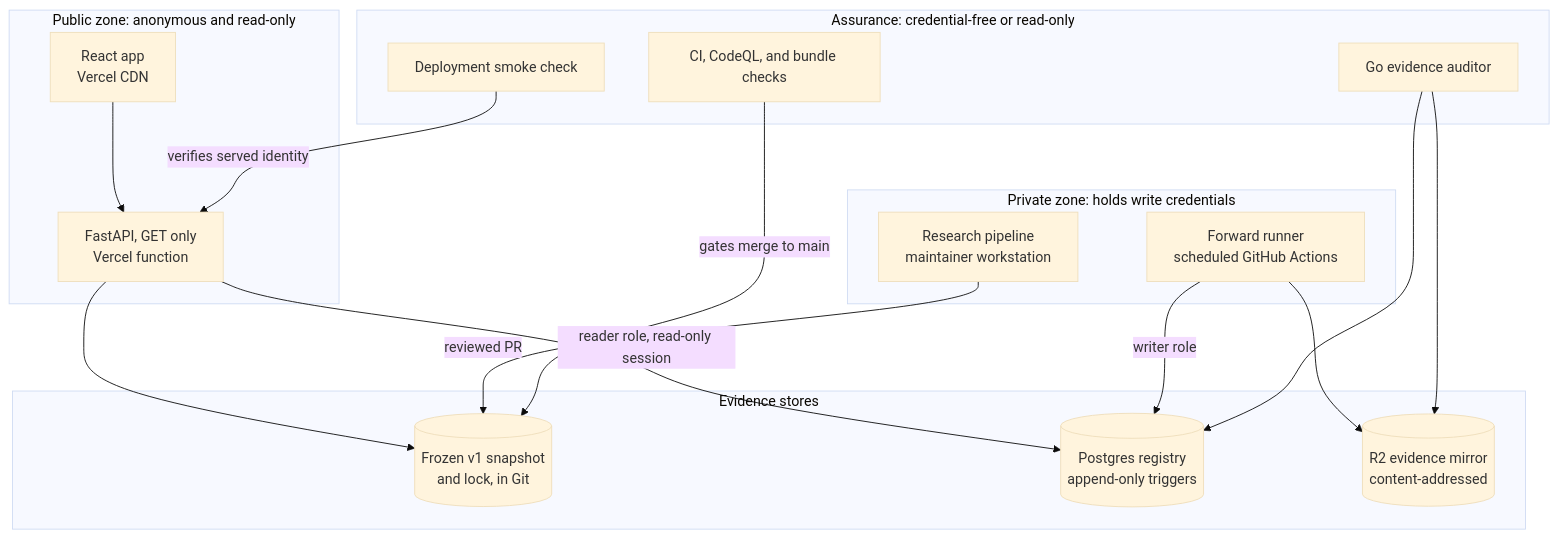
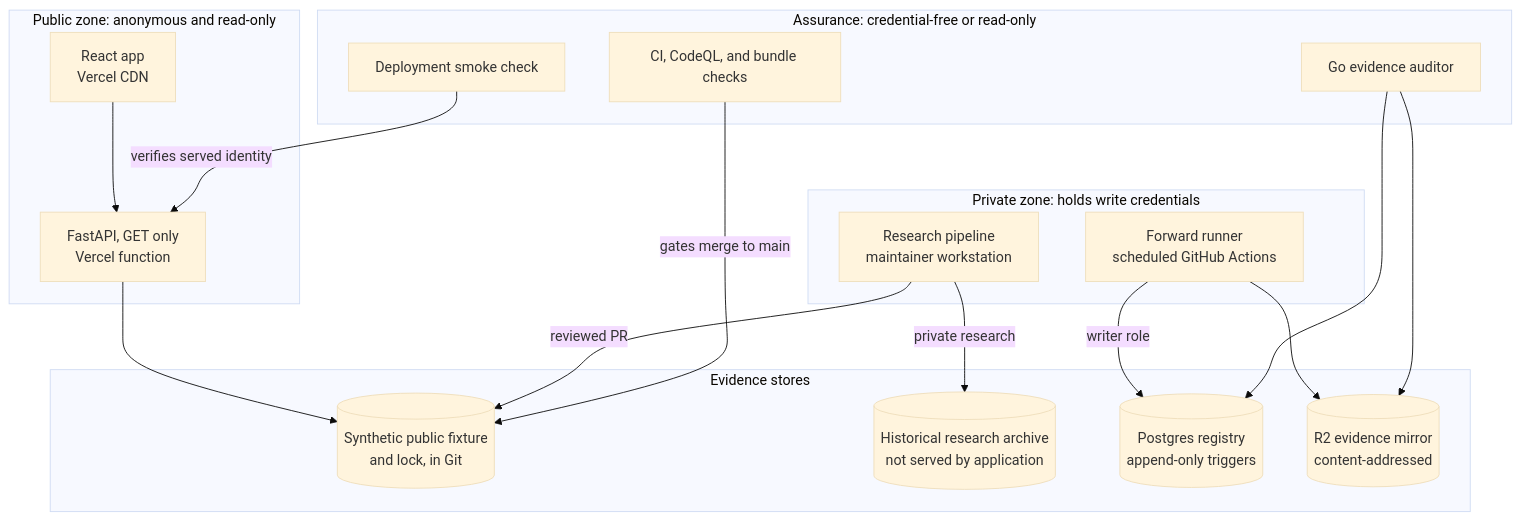
Before and after one commit to hoangnguyen2003/edgar-moe: the second of 3 diagrams in docs/solution-architecture.md, drawn with Mermaid (base theme). The commit also changed other lines of this file and 110 other files, not shown here.

Commit message:
security: serve only synthetic research data publicly

````diff
--- a/docs/solution-architecture.md
+++ b/docs/solution-architecture.md
@@ -114,31 +113,32 @@
 ```mermaid
 flowchart TB
   subgraph public["Public zone: anonymous and read-only"]
     web[React app<br/>Vercel CDN]
     api[FastAPI, GET only<br/>Vercel function]
   end
   subgraph private["Private zone: holds write credentials"]
     runner[Forward runner<br/>scheduled GitHub Actions]
     research[Research pipeline<br/>maintainer workstation]
   end
   subgraph stores["Evidence stores"]
-    snapshot[(Frozen v1 snapshot<br/>and lock, in Git)]
+    snapshot[(Synthetic public fixture<br/>and lock, in Git)]
+    archive[(Historical research archive<br/>not served by application)]
     registry[(Postgres registry<br/>append-only triggers)]
     r2[(R2 evidence mirror<br/>content-addressed)]
   end
   subgraph assurance["Assurance: credential-free or read-only"]
     ci[CI, CodeQL, and bundle checks]
     smoke[Deployment smoke check]
     auditor[Go evidence auditor]
   end
   web --> api
   api --> snapshot
-  api -->|reader role, read-only session| registry
+  research -->|private research| archive
   research -->|reviewed PR| snapshot
   runner -->|writer role| registry
   runner --> r2
   auditor --> registry
   auditor --> r2
   ci -->|gates merge to main| snapshot
   smoke -->|verifies served identity| api
 ```
````
